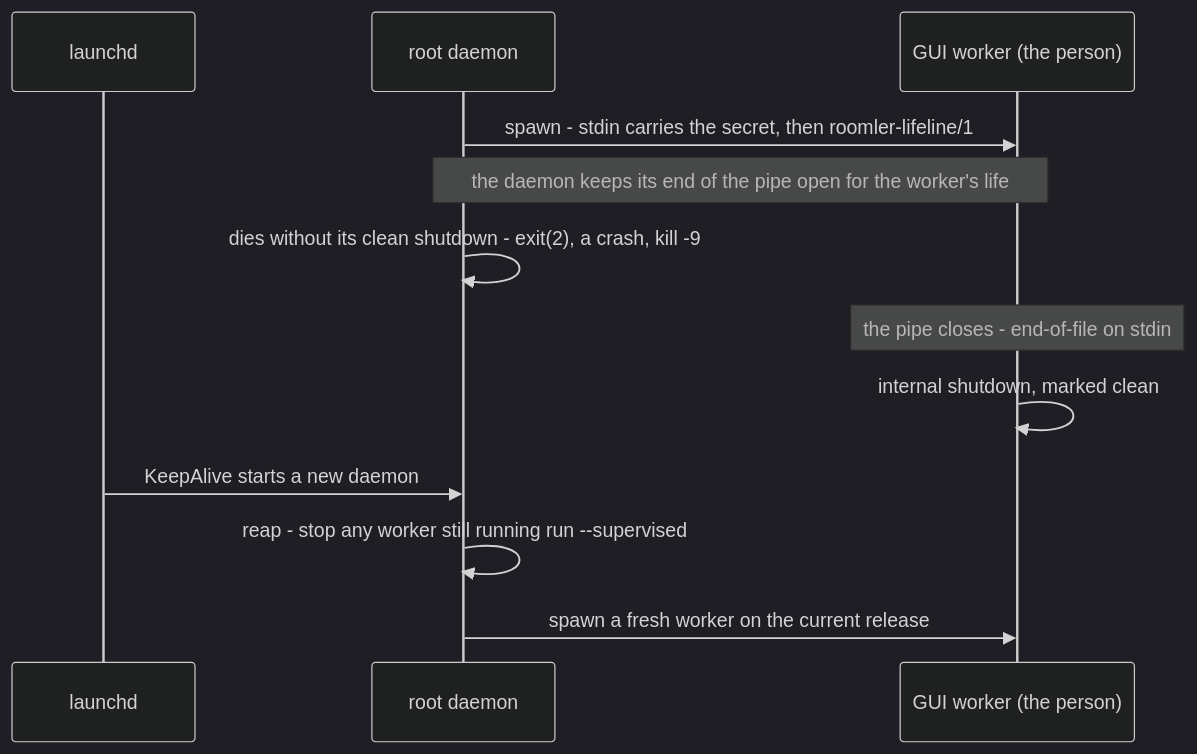
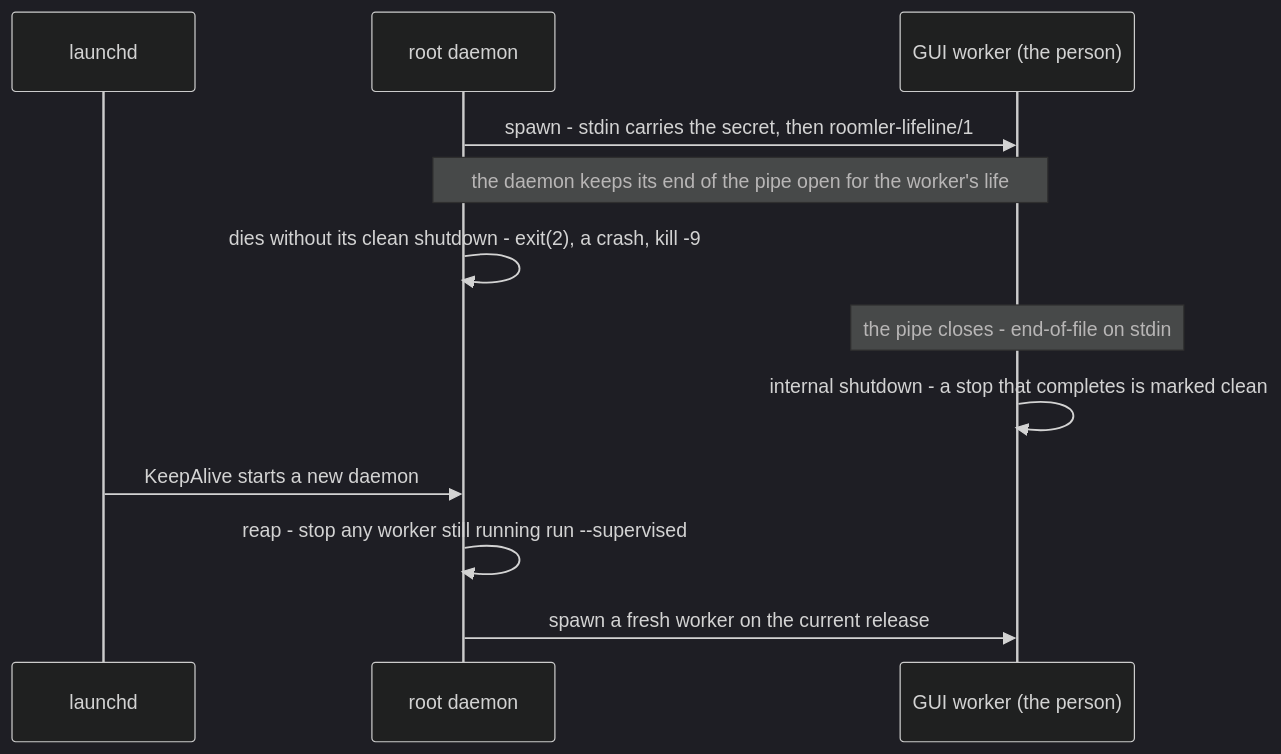
Before and after one commit to gjovanov/roomler-ai: the fourth of 6 diagrams in docs/installation.md, drawn with Mermaid (dark theme). The commit also changed other lines of this file and 3 other files, not shown here.

First line of the commit message:
fix(macos): the reap waits out a clean stop, still counts, and owes launchd (#2987)

````diff
--- a/docs/installation.md
+++ b/docs/installation.md
@@ -589,14 +589,14 @@
 ```mermaid
 sequenceDiagram
   participant L as launchd
   participant D as root daemon
   participant W as GUI worker (the person)
   D->>W: spawn - stdin carries the secret, then roomler-lifeline/1
   Note over D,W: the daemon keeps its end of the pipe open for the worker's life
   D->>D: dies without its clean shutdown - exit(2), a crash, kill -9
   Note over W: the pipe closes - end-of-file on stdin
-  W->>W: internal shutdown, marked clean
+  W->>W: internal shutdown - a stop that completes is marked clean
   L->>D: KeepAlive starts a new daemon
   D->>D: reap - stop any worker still running run --supervised
   D->>W: spawn a fresh worker on the current release
 ```
````
